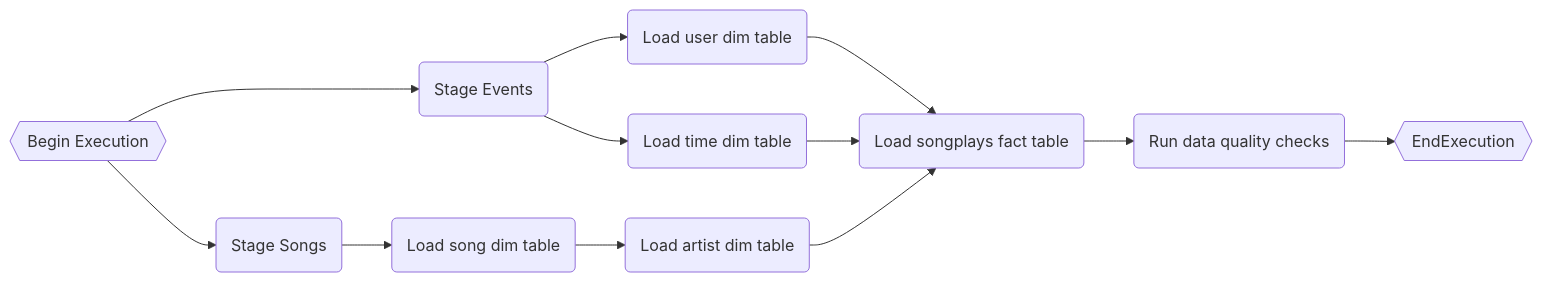
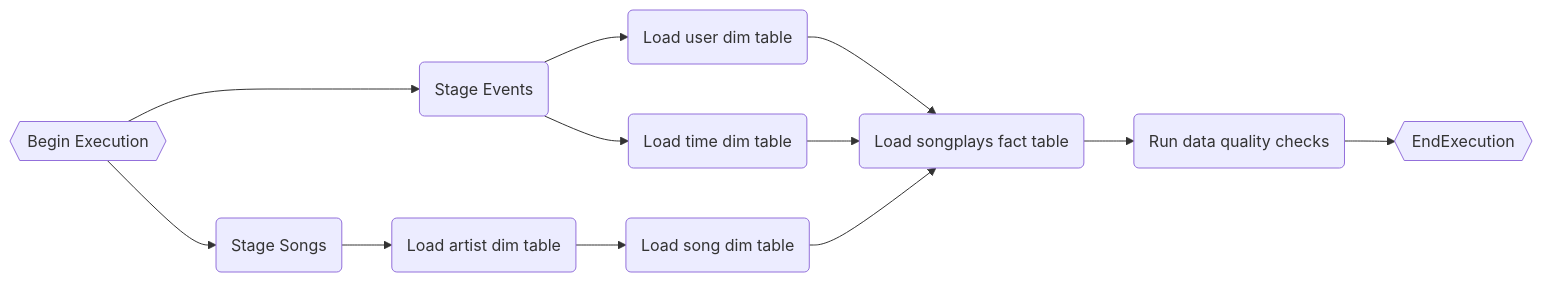
One commit to BorArt22/project-5-data-pipelines changed the diagram in README.md. Above: the diagram before and after it, drawn with Mermaid. The commit also changed other lines of this file and 6 other files, not shown here.

````diff
--- a/README.md
+++ b/README.md
@@ -234,14 +234,14 @@
 ```mermaid
 graph LR
 B{{Begin Execution}} -->E(Stage Events)
 B --> S(Stage Songs)
     E --> U(Load user dim table)
     E --> T(Load time dim table)
-	S --> Sng(Load song dim table)
-		Sng --> A(Load artist dim table)
+	S --> A(Load artist dim table)
+		A--> Sng(Load song dim table)
 			U --> F(Load songplays fact table)
 			T --> F
-			A --> F
+			Sng --> F
 				F --> C(Run data quality checks)
 					C --> End{{EndExecution}}
 ```
````
